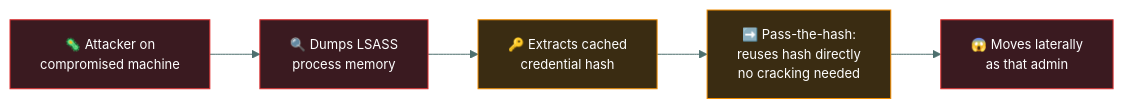
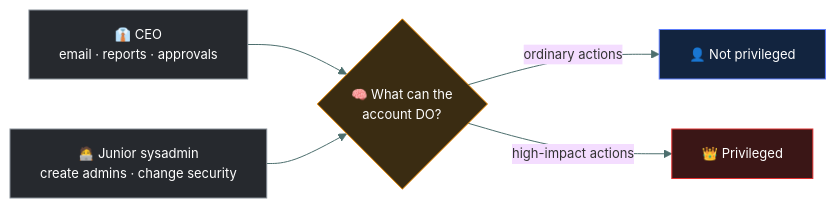
The fifth of 5 diagrams in 03-access-control/privileged-access/README.md (tarunTejaDesireddy/cc-exam-prep), drawn with Mermaid before and after one commit. The commit also changed other lines of this file, not shown here.

Commit message:
Replace privileged access with caveman-style version, diagrams and questions

````diff
--- a/03-access-control/privileged-access/README.md
+++ b/03-access-control/privileged-access/README.md
@@ -176,14 +435,15 @@
 ```mermaid
 %%{init: {'theme':'base','themeVariables':{'fontSize':'13px','lineColor':'#4d6f6e','textColor':'#dbe7e6'}}}%%
 flowchart LR
-    C["🦠 Attacker on<br/>compromised machine"] --> D["🔍 Dumps LSASS<br/>process memory"]
-    D --> H["🔑 Extracts cached<br/>credential hash"]
-    H --> P["➡️ Pass-the-hash:<br/>reuses hash directly<br/>no cracking needed"]
-    P --> M["😱 Moves laterally<br/>as that admin"]
+    Q{"🧠 What can the<br/>account DO?"}
+    CEO["👔 CEO<br/>email · reports · approvals"] --> Q
+    JR["🧑‍💻 Junior sysadmin<br/>create admins · change security"] --> Q
+    Q -->|"ordinary actions"| NP["👤 Not privileged"]
+    Q -->|"high-impact actions"| PR["👑 Privileged"]
 
-    style C fill:#3a1a20,stroke:#E03131,color:#fff
-    style D fill:#3a1a20,stroke:#E03131,color:#fff
-    style H fill:#3a2c12,stroke:#F08C00,color:#fff
-    style P fill:#3a2c12,stroke:#F08C00,color:#fff
-    style M fill:#3a1a20,stroke:#E03131,color:#fff
+    style Q fill:#3a2c12,stroke:#F08C00,color:#fff
+    style CEO fill:#26292e,stroke:#868E96,color:#fff
+    style JR fill:#26292e,stroke:#868E96,color:#fff
+    style NP fill:#12243f,stroke:#5C7CFA,color:#fff
+    style PR fill:#3a1616,stroke:#E03131,color:#fff
 ```
````
